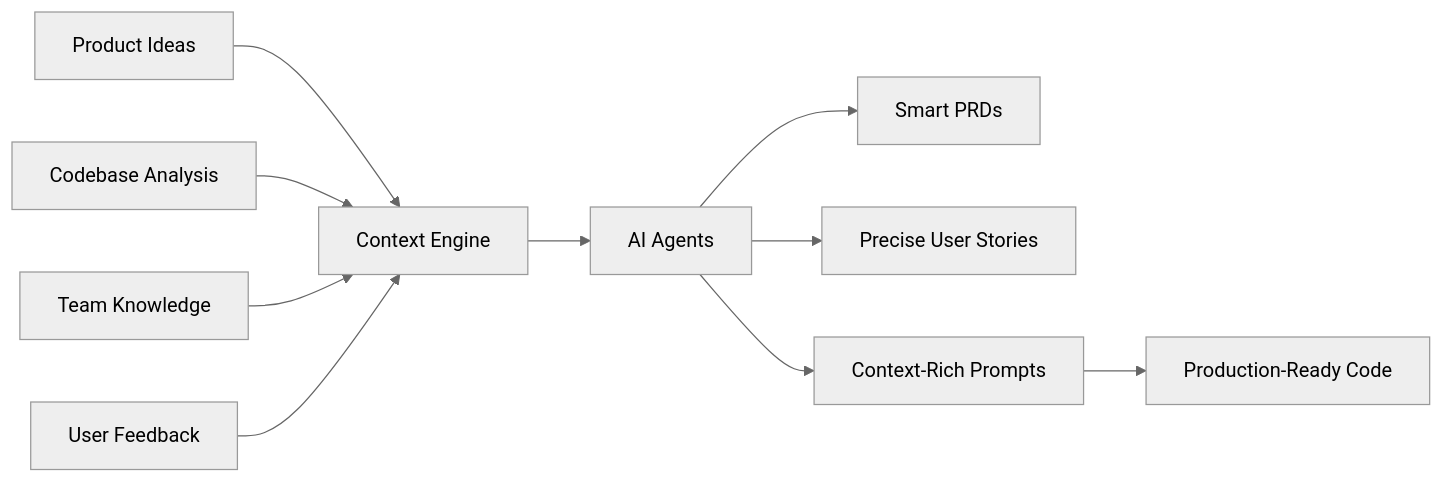
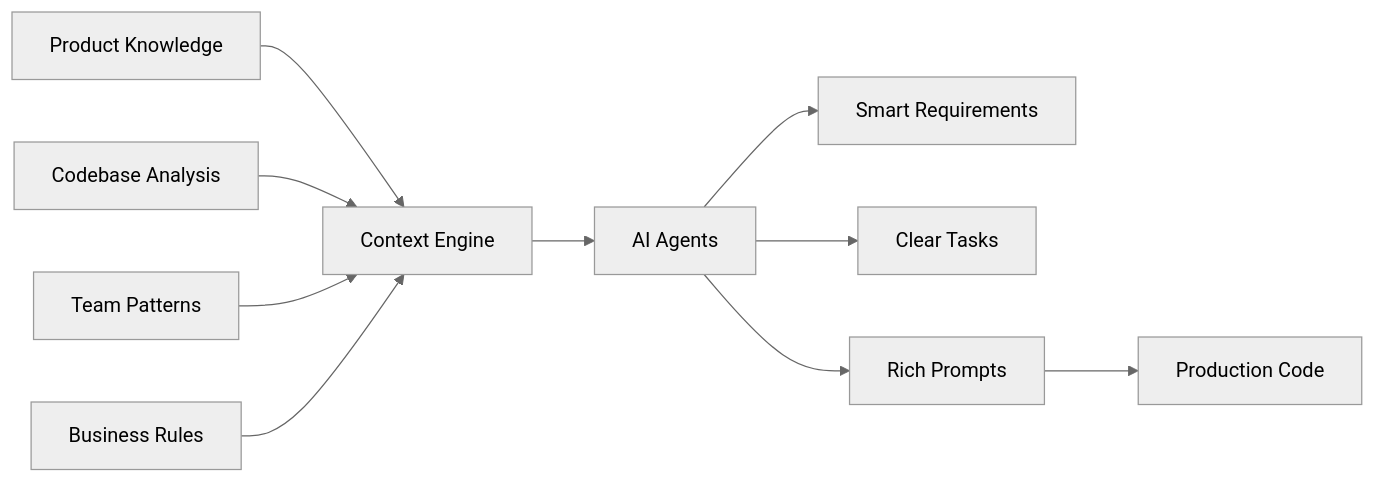
One commit to devplaninc/docs changed the diagram in docs/value-proposition.md. Above: the diagram before and after it, drawn with Mermaid (neutral theme). The commit also changed other lines of this file and 7 other files, not shown here.

````diff
--- a/docs/value-proposition.md
+++ b/docs/value-proposition.md
@@ -32,12 +44,12 @@
 ```mermaid
 graph LR
-    A[Product Ideas] --> B[Context Engine]
+    A[Product Knowledge] --> B[Context Engine]
     C[Codebase Analysis] --> B
-    D[Team Knowledge] --> B
-    E[User Feedback] --> B
+    D[Team Patterns] --> B
+    E[Business Rules] --> B
     B --> F[AI Agents]
-    F --> G[Smart PRDs]
-    F --> H[Precise User Stories]
-    F --> I[Context-Rich Prompts]
-    I --> J[Production-Ready Code]
+    F --> G[Smart Requirements]
+    F --> H[Clear Tasks]
+    F --> I[Rich Prompts]
+    I --> J[Production Code]
 ```
````
